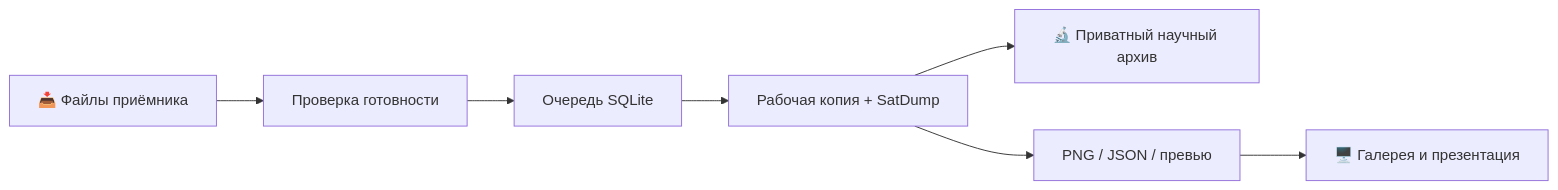
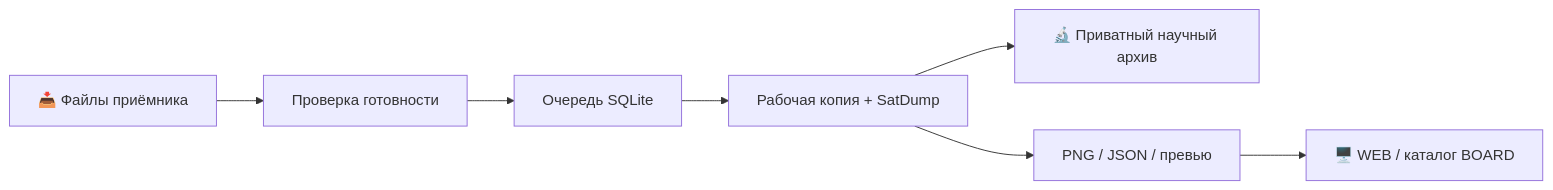
Before and after one commit to f2re/SatDump: the diagram in README.md, drawn with Mermaid. The commit also changed other lines of this file, not shown here.

Commit message:
docs: point quick start to published BOARD package and automatic WEB API services

````diff
--- a/README.md
+++ b/README.md
@@ -45,9 +50,9 @@
 ```mermaid
 flowchart LR
     A["📥 Файлы приёмника"] --> B["Проверка готовности"]
     B --> C["Очередь SQLite"]
     C --> D["Рабочая копия + SatDump"]
     D --> E["🔬 Приватный научный архив"]
     D --> F["PNG / JSON / превью"]
-    F --> G["🖥️ Галерея и презентация"]
+    F --> G["🖥️ WEB / каталог BOARD"]
 ```
````
